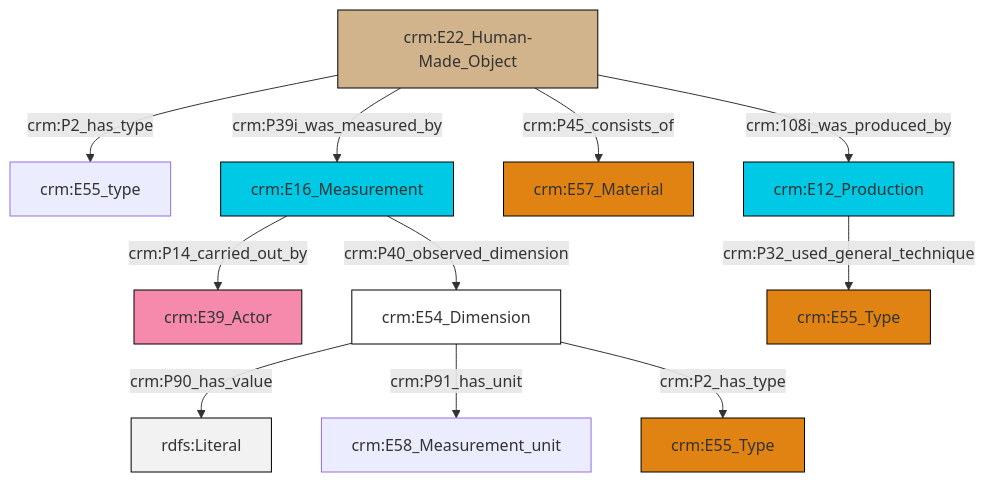
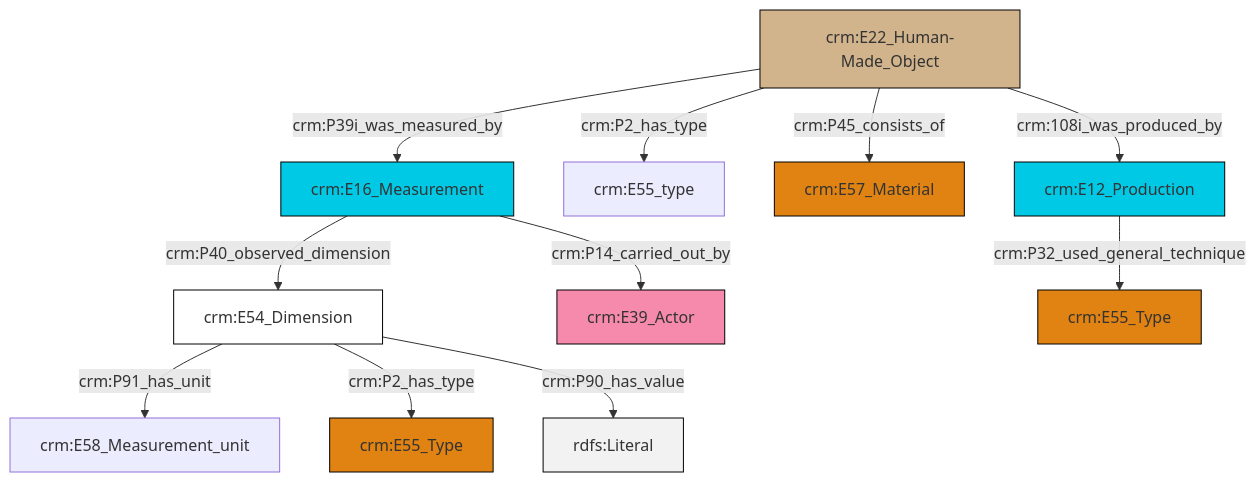
One commit to swiss-art-research-net/reference-data-models changed the diagram in et/builtWorkCSV/ttl/mmd/Built_Work_substance.ttl.mmd. Above: the diagram before and after it, drawn with Mermaid. The commit also changed 126 other files, not shown here.

```diff
--- a/et/builtWorkCSV/ttl/mmd/Built_Work_substance.ttl.mmd
+++ b/et/builtWorkCSV/ttl/mmd/Built_Work_substance.ttl.mmd
@@ -1,25 +1,25 @@
 graph TD
 classDef Literal fill:#f2f2f2,stroke:#000000;
 classDef CRM_Entity fill:#FFFFFF,stroke:#000000;
 classDef Temporal_Entity fill:#00C9E6, stroke:#000000;
 classDef Type fill:#E18312, stroke:#000000;
 classDef Time-Span fill:#2C9C91, stroke:#000000;
 classDef Appellation fill:#FFEB7F, stroke:#000000;
 classDef Place fill:#008836, stroke:#000000;
 classDef Persistent_Item fill:#B266B2, stroke:#000000;
 classDef Conceptual_Object fill:#FFD700, stroke:#000000;
 classDef Physical_Thing fill:#D2B48C, stroke:#000000;
 classDef Actor fill:#f58aad, stroke:#000000;
 classDef PC_Classes fill:#4ce600, stroke:#000000;
 classDef Multi fill:#cccccc,stroke:#000000;
 
-0["crm:E22_Human-Made_Object"]:::Physical_Thing -->|crm:P2_has_type| 1["crm:E55_type"]:::Default
-4["crm:E54_Dimension"]:::CRM_Entity -->|crm:P90_has_value| 5[rdfs:Literal]:::Literal
-6["crm:E16_Measurement"]:::Temporal_Entity -->|crm:P14_carried_out_by| 2["crm:E39_Actor"]:::Actor
-0["crm:E22_Human-Made_Object"]:::Physical_Thing -->|crm:P45_consists_of| 7["crm:E57_Material"]:::Type
-0["crm:E22_Human-Made_Object"]:::Physical_Thing -->|crm:108i_was_produced_by| 9["crm:E12_Production"]:::Temporal_Entity
-9["crm:E12_Production"]:::Temporal_Entity -->|crm:P32_used_general_technique| 11["crm:E55_Type"]:::Type
-4["crm:E54_Dimension"]:::CRM_Entity -->|crm:P91_has_unit| 12["crm:E58_Measurement_unit"]:::Default
-4["crm:E54_Dimension"]:::CRM_Entity -->|crm:P2_has_type| 18["crm:E55_Type"]:::Type
-6["crm:E16_Measurement"]:::Temporal_Entity -->|crm:P40_observed_dimension| 4["crm:E54_Dimension"]:::CRM_Entity
-0["crm:E22_Human-Made_Object"]:::Physical_Thing -->|crm:P39i_was_measured_by| 6["crm:E16_Measurement"]:::Temporal_Entity
+0["crm:E54_Dimension"]:::CRM_Entity -->|crm:P91_has_unit| 1["crm:E58_Measurement_unit"]:::Default
+2["crm:E16_Measurement"]:::Temporal_Entity -->|crm:P14_carried_out_by| 3["crm:E39_Actor"]:::Actor
+6["crm:E22_Human-Made_Object"]:::Physical_Thing -->|crm:P39i_was_measured_by| 2["crm:E16_Measurement"]:::Temporal_Entity
+0["crm:E54_Dimension"]:::CRM_Entity -->|crm:P2_has_type| 9["crm:E55_Type"]:::Type
+6["crm:E22_Human-Made_Object"]:::Physical_Thing -->|crm:P45_consists_of| 10["crm:E57_Material"]:::Type
+6["crm:E22_Human-Made_Object"]:::Physical_Thing -->|crm:P2_has_type| 4["crm:E55_type"]:::Default
+16["crm:E12_Production"]:::Temporal_Entity -->|crm:P32_used_general_technique| 14["crm:E55_Type"]:::Type
+2["crm:E16_Measurement"]:::Temporal_Entity -->|crm:P40_observed_dimension| 0["crm:E54_Dimension"]:::CRM_Entity
+6["crm:E22_Human-Made_Object"]:::Physical_Thing -->|crm:108i_was_produced_by| 16["crm:E12_Production"]:::Temporal_Entity
+0["crm:E54_Dimension"]:::CRM_Entity -->|crm:P90_has_value| 20[rdfs:Literal]:::Literal
```
